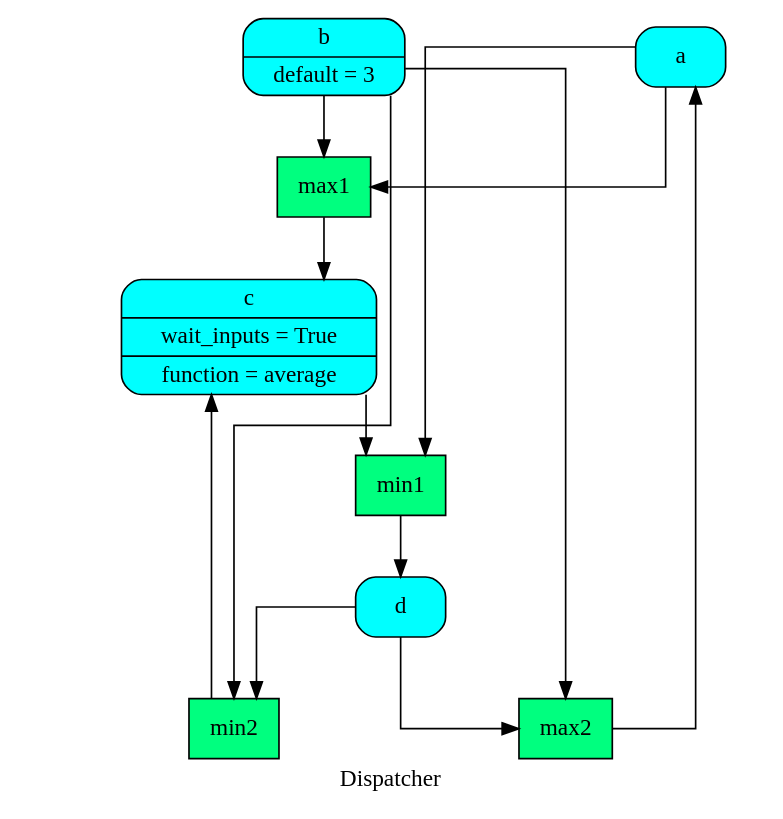
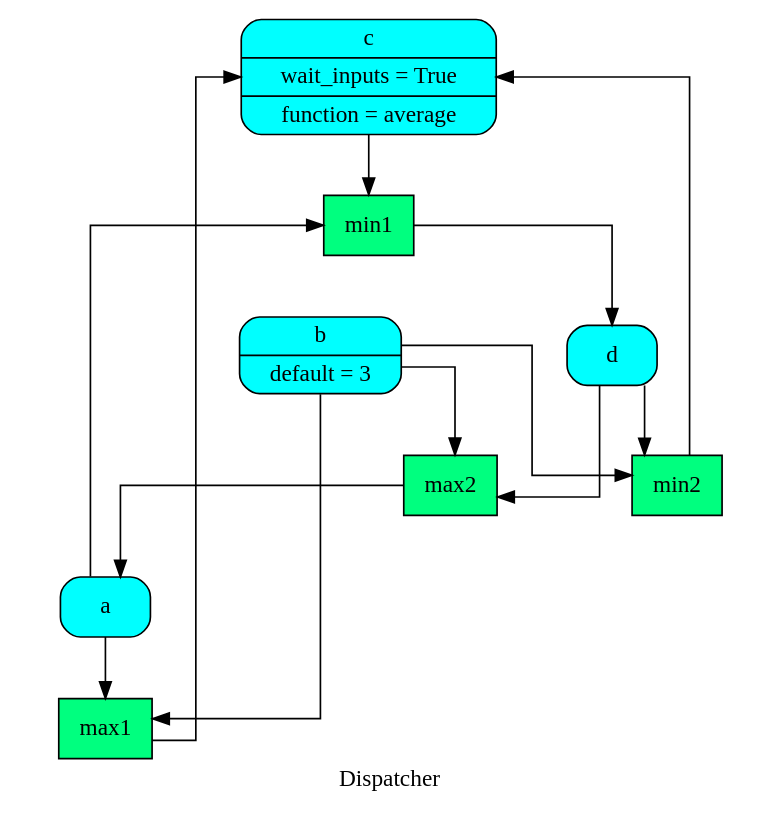
One commit to vinci1it2000/schedula changed the diagram in doc/source/dispatcher/__init__/remove_cycles/dsp.dot. Above: the diagram before and after it, drawn with Graphviz. The commit also changed 23 other files, not shown here.

```diff
--- a/doc/source/dispatcher/__init__/remove_cycles/dsp.dot
+++ b/doc/source/dispatcher/__init__/remove_cycles/dsp.dot
@@ -1,26 +1,26 @@
 digraph Dispatcher {
 	graph [ratio=1]
 	node [style=filled]
 	label = "Dispatcher"
 	splines = ortho
-		"Dispatcher_-1353340929889452664" [label="{ a  }" fillcolor=cyan shape=Mrecord]
-		"Dispatcher_-31041863739931261" [label="{ max1  }" fillcolor=springgreen shape=record]
-		Dispatcher_4347001826184765925 [label="{ max2  }" fillcolor=springgreen shape=record]
-		Dispatcher_7224607962633671560 [label="{ b | default = 3 }" fillcolor=cyan shape=Mrecord]
-		Dispatcher_5601471042950820649 [label="{ min2  }" fillcolor=springgreen shape=record]
-		Dispatcher_8545015552011819642 [label="{ min1  }" fillcolor=springgreen shape=record]
-		Dispatcher_6900719114362863374 [label="{ c | wait_inputs = True | function = average }" fillcolor=cyan shape=Mrecord]
-		"Dispatcher_-5912537819166218321" [label="{ d  }" fillcolor=cyan shape=Mrecord]
-			"Dispatcher_-1353340929889452664" -> Dispatcher_8545015552011819642
-			"Dispatcher_-1353340929889452664" -> "Dispatcher_-31041863739931261"
-			"Dispatcher_-31041863739931261" -> Dispatcher_6900719114362863374
-			Dispatcher_4347001826184765925 -> "Dispatcher_-1353340929889452664"
-			Dispatcher_7224607962633671560 -> Dispatcher_5601471042950820649
-			Dispatcher_7224607962633671560 -> "Dispatcher_-31041863739931261"
-			Dispatcher_7224607962633671560 -> Dispatcher_4347001826184765925
-			Dispatcher_5601471042950820649 -> Dispatcher_6900719114362863374
-			Dispatcher_8545015552011819642 -> "Dispatcher_-5912537819166218321"
-			Dispatcher_6900719114362863374 -> Dispatcher_8545015552011819642
-			"Dispatcher_-5912537819166218321" -> Dispatcher_5601471042950820649
-			"Dispatcher_-5912537819166218321" -> Dispatcher_4347001826184765925
+		Dispatcher_7813220925901612792 [label="{ c | wait_inputs = True | function = average }" fillcolor=cyan shape=Mrecord]
+		"Dispatcher_-6038867426217595374" [label="{ d  }" fillcolor=cyan shape=Mrecord]
+		"Dispatcher_-6776210645888712586" [label="{ a  }" fillcolor=cyan shape=Mrecord]
+		"Dispatcher_-3065994638765352239" [label="{ max1  }" fillcolor=springgreen shape=record]
+		Dispatcher_3634755706586891528 [label="{ b | default = 3 }" fillcolor=cyan shape=Mrecord]
+		"Dispatcher_-1698971495822107494" [label="{ min2  }" fillcolor=springgreen shape=record]
+		Dispatcher_4991991738499870698 [label="{ max2  }" fillcolor=springgreen shape=record]
+		Dispatcher_7365960225278578318 [label="{ min1  }" fillcolor=springgreen shape=record]
+			Dispatcher_7813220925901612792 -> Dispatcher_7365960225278578318
+			"Dispatcher_-6038867426217595374" -> "Dispatcher_-1698971495822107494"
+			"Dispatcher_-6038867426217595374" -> Dispatcher_4991991738499870698
+			"Dispatcher_-6776210645888712586" -> "Dispatcher_-3065994638765352239"
+			"Dispatcher_-6776210645888712586" -> Dispatcher_7365960225278578318
+			"Dispatcher_-3065994638765352239" -> Dispatcher_7813220925901612792
+			Dispatcher_3634755706586891528 -> "Dispatcher_-3065994638765352239"
+			Dispatcher_3634755706586891528 -> "Dispatcher_-1698971495822107494"
+			Dispatcher_3634755706586891528 -> Dispatcher_4991991738499870698
+			"Dispatcher_-1698971495822107494" -> Dispatcher_7813220925901612792
+			Dispatcher_4991991738499870698 -> "Dispatcher_-6776210645888712586"
+			Dispatcher_7365960225278578318 -> "Dispatcher_-6038867426217595374"
 }
```
